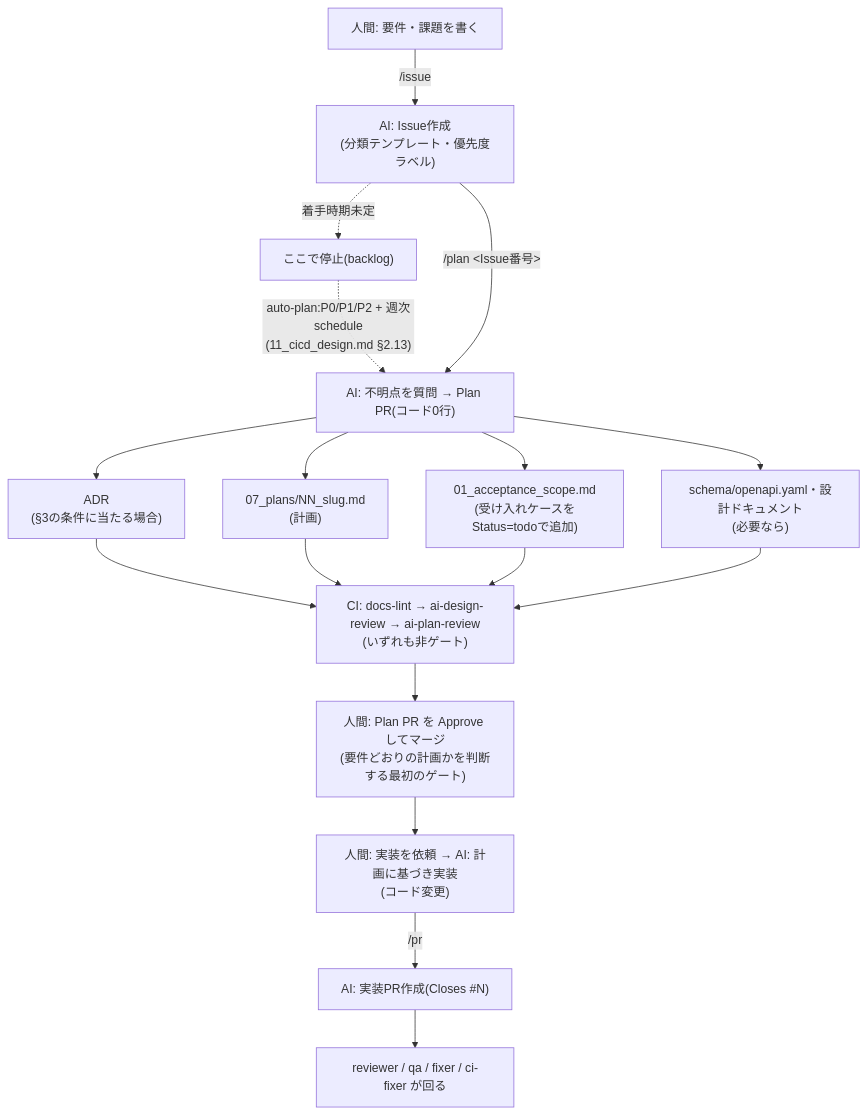
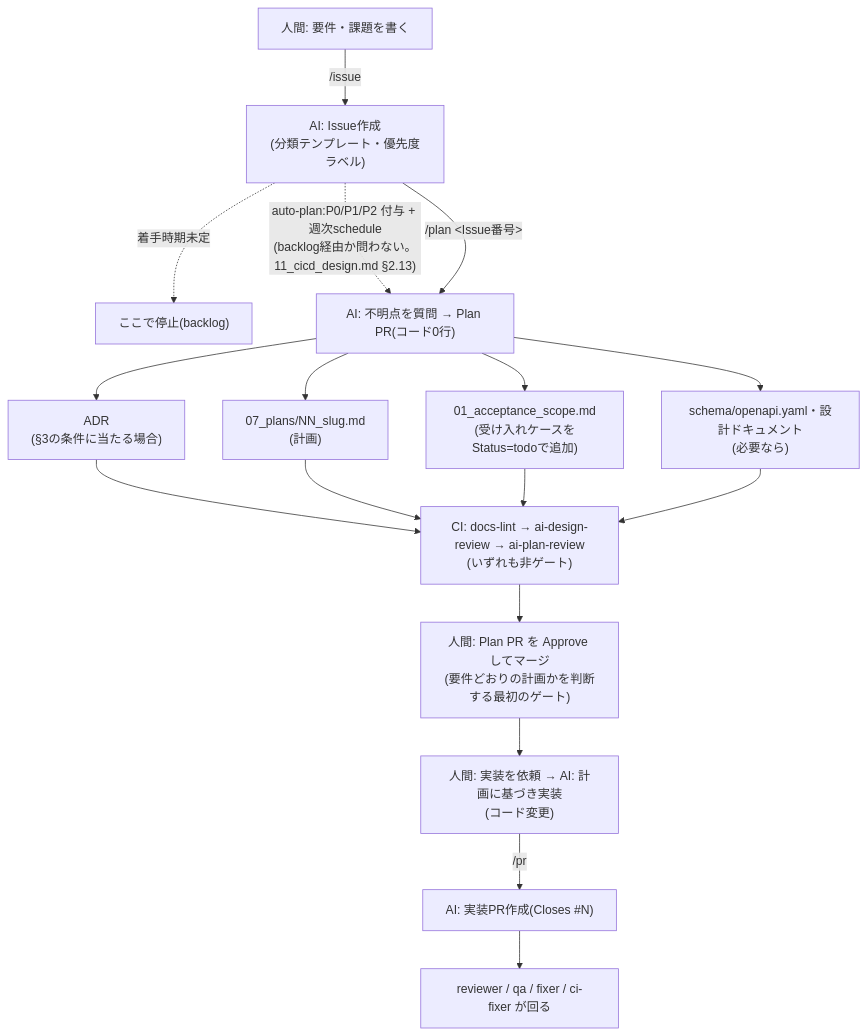
One commit to ebichan88/swiss-stage changed the first of 3 diagrams in .claude/00_project/04_development_process.md. Above: the diagram before and after it, drawn with Mermaid. The commit also changed 2 other files, not shown here.

Commit message:
docs: Plan Review/Design Reviewの指摘を計画・ADRに反映
Applied: failed-path-relabel-loop
Applied: missing-dod-coverage-for-selection-branches
Applied: scheduled-planner-flowchart-implies-backlog-gate
Applied: plan-checklist-not-marked-done-in-same-pr
Applied: adr-not-applicable-type-wording

````diff
--- a/.claude/00_project/04_development_process.md
+++ b/.claude/00_project/04_development_process.md
@@ -21,19 +21,19 @@
 ```mermaid
 flowchart TD
     A["人間: 要件・課題を書く"] -->|"/issue"| B["AI: Issue作成<br/>(分類テンプレート・優先度ラベル)"]
     B -.->|"着手時期未定"| Z["ここで停止(backlog)"]
-    Z -.->|"auto-plan:P0/P1/P2 + 週次schedule<br/>(11_cicd_design.md §2.13)"| C
+    B -.->|"auto-plan:P0/P1/P2 付与 + 週次schedule<br/>(backlog経由か問わない。11_cicd_design.md §2.13)"| C
     B -->|"/plan &lt;Issue番号&gt;"| C["AI: 不明点を質問 → Plan PR(コード0行)"]
     C --> C1["ADR<br/>(§3の条件に当たる場合)"]
     C --> C2["07_plans/NN_slug.md<br/>(計画)"]
     C --> C3["01_acceptance_scope.md<br/>(受け入れケースをStatus=todoで追加)"]
     C --> C4["schema/openapi.yaml・設計ドキュメント<br/>(必要なら)"]
     C1 --> D["CI: docs-lint → ai-design-review → ai-plan-review<br/>(いずれも非ゲート)"]
     C2 --> D
     C3 --> D
     C4 --> D
     D --> E["人間: Plan PR を Approve してマージ<br/>(要件どおりの計画かを判断する最初のゲート)"]
     E --> H["人間: 実装を依頼 → AI: 計画に基づき実装<br/>(コード変更)"]
     H -->|"/pr"| F["AI: 実装PR作成(Closes #N)"]
     F --> G["reviewer / qa / fixer / ci-fixer が回る"]
 ```
````
